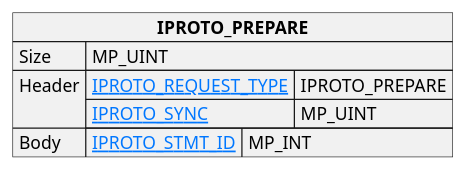
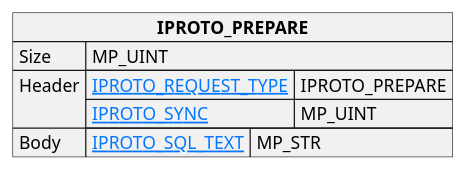
One commit to tarantool/doc changed the diagram in doc/dev_guide/internals/iproto/images/prepare.puml. Above: the diagram before and after it, drawn with PlantUML. The commit also changed 3 other files, not shown here.

```diff
--- a/doc/dev_guide/internals/iproto/images/prepare.puml
+++ b/doc/dev_guide/internals/iproto/images/prepare.puml
@@ -1,21 +1,21 @@
 @startuml
 
 skinparam {
     HyperlinkColor #0077FF
     FontColor #313131
     BorderColor #313131
     BackgroundColor transparent
 }
 
 json "**IPROTO_PREPARE**" as prepare_request {
     "Size": "MP_UINT",
     "Header": {
       "[[https://tarantool.io/en/doc/latest/dev_guide/internals/iproto/keys IPROTO_REQUEST_TYPE]]": "IPROTO_PREPARE",
       "[[https://tarantool.io/en/doc/latest/dev_guide/internals/iproto/keys IPROTO_SYNC]]": "MP_UINT"
     },
     "Body": {
-      "[[https://tarantool.io/en/doc/latest/dev_guide/internals/iproto/keys IPROTO_STMT_ID]]": "MP_INT"
+      "[[https://tarantool.io/en/doc/latest/dev_guide/internals/iproto/keys IPROTO_SQL_TEXT]]": "MP_STR"
     }
 }
 
 @enduml
```
